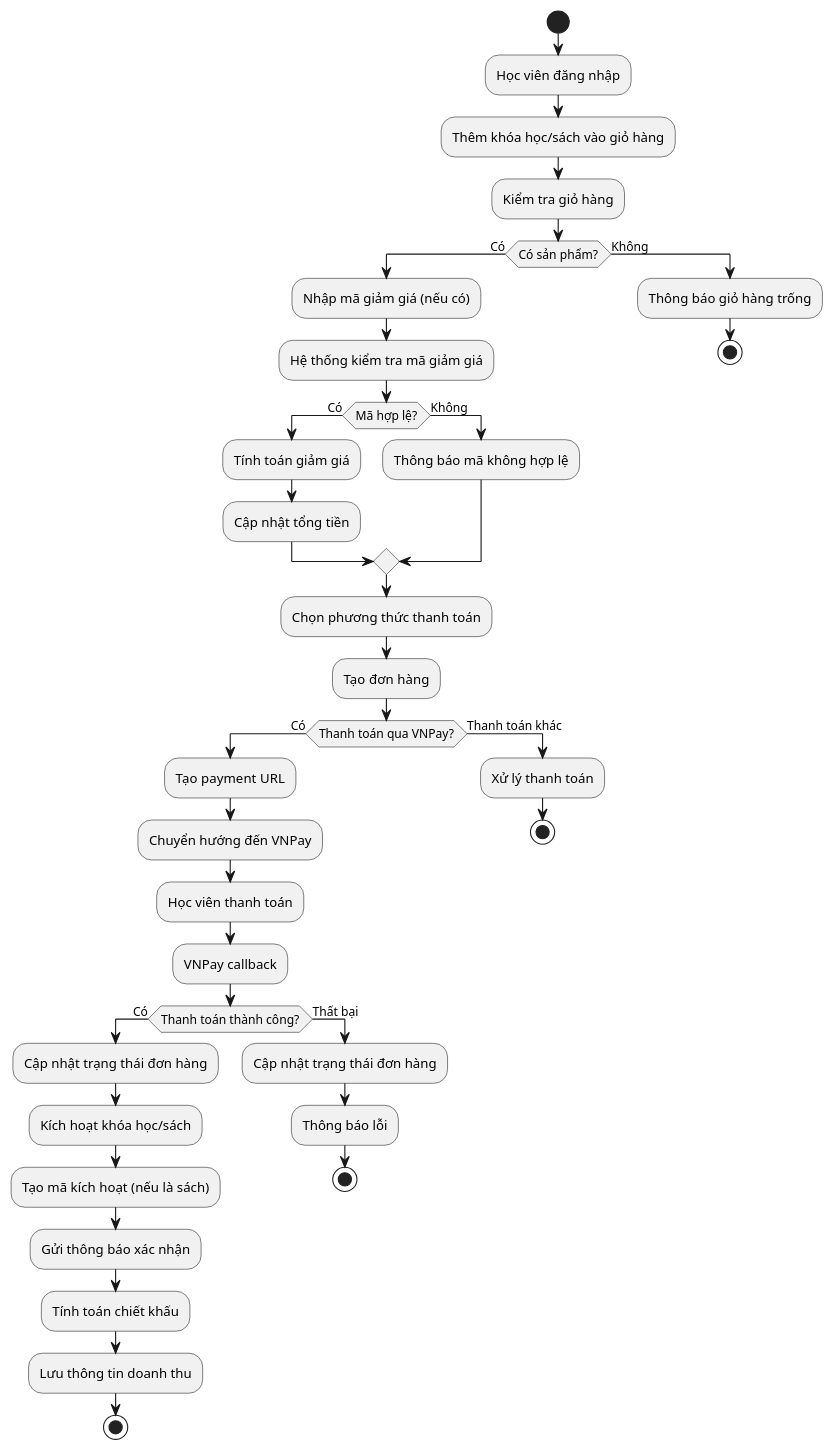
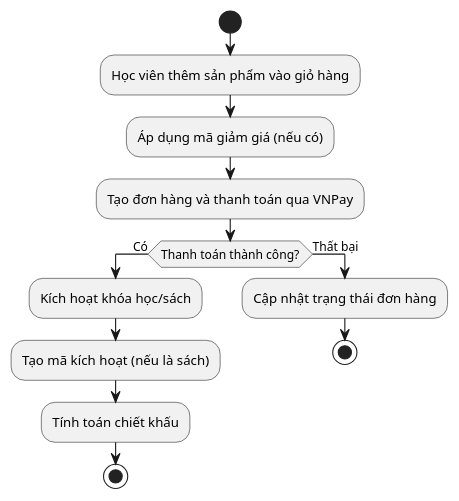
One commit to ngocnghia81/KhoiTriSo-PHP changed the eighth of 18 diagrams in khoitriso-be/BIEU_DO_UML.md. Above: the diagram before and after it, drawn with PlantUML. The commit also changed other lines of this file and 23 other files, not shown here.

````diff
--- a/khoitriso-be/BIEU_DO_UML.md
+++ b/khoitriso-be/BIEU_DO_UML.md
@@ -327,46 +205,18 @@
 ```plantuml
 @startuml
 start
-:Học viên đăng nhập;
-:Thêm khóa học/sách vào giỏ hàng;
-:Kiểm tra giỏ hàng;
-if (Có sản phẩm?) then (Có)
-  :Nhập mã giảm giá (nếu có);
-  :Hệ thống kiểm tra mã giảm giá;
-  if (Mã hợp lệ?) then (Có)
-    :Tính toán giảm giá;
-    :Cập nhật tổng tiền;
-  else (Không)
-    :Thông báo mã không hợp lệ;
-  endif
-  :Chọn phương thức thanh toán;
-  :Tạo đơn hàng;
-  if (Thanh toán qua VNPay?) then (Có)
-    :Tạo payment URL;
-    :Chuyển hướng đến VNPay;
-    :Học viên thanh toán;
-    :VNPay callback;
-    if (Thanh toán thành công?) then (Có)
-      :Cập nhật trạng thái đơn hàng;
-      :Kích hoạt khóa học/sách;
-      :Tạo mã kích hoạt (nếu là sách);
-      :Gửi thông báo xác nhận;
-      :Tính toán chiết khấu;
-      :Lưu thông tin doanh thu;
-      stop
-    else (Thất bại)
-      :Cập nhật trạng thái đơn hàng;
-      :Thông báo lỗi;
-      stop
-    endif
-  else (Thanh toán khác)
-    :Xử lý thanh toán;
-    stop
-  endif
-else (Không)
-  :Thông báo giỏ hàng trống;
+:Học viên thêm sản phẩm vào giỏ hàng;
+:Áp dụng mã giảm giá (nếu có);
+:Tạo đơn hàng và thanh toán qua VNPay;
+if (Thanh toán thành công?) then (Có)
+  :Kích hoạt khóa học/sách;
+  :Tạo mã kích hoạt (nếu là sách);
+  :Tính toán chiết khấu;
+  stop
+else (Thất bại)
+  :Cập nhật trạng thái đơn hàng;
   stop
 endif
 
 @enduml
 ```
````
